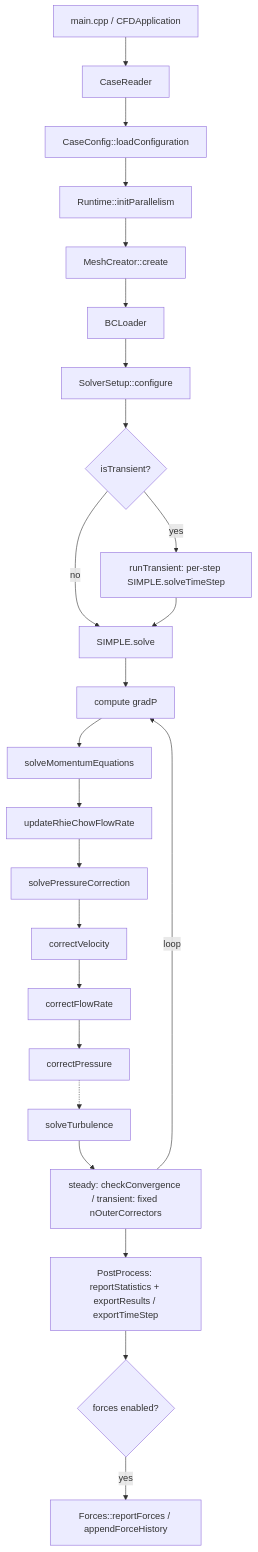
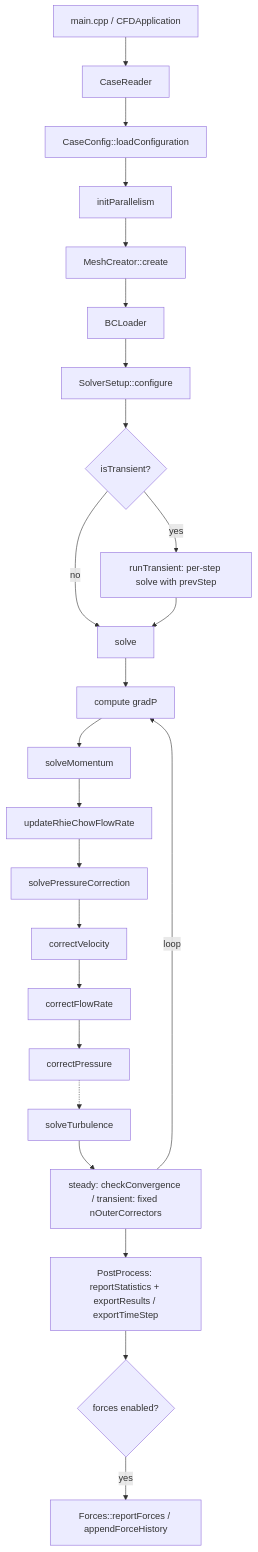
The diagram in docs/DEVELOPER_GUIDE.md (mohamed-i-mousa/my-fv-solver), drawn with Mermaid before and after one commit. The commit also changed other lines of this file and 4 other files, not shown here.

````diff
--- a/docs/DEVELOPER_GUIDE.md
+++ b/docs/DEVELOPER_GUIDE.md
@@ -1110,26 +1159,26 @@
 ```mermaid
 flowchart TD
   A[main.cpp / CFDApplication] --> B[CaseReader]
   B --> C[CaseConfig::loadConfiguration]
-  C --> D[Runtime::initParallelism]
+  C --> D[initParallelism]
   D --> E[MeshCreator::create]
   E --> F[BCLoader]
   F --> G[SolverSetup::configure]
   G --> G2{isTransient?}
-  G2 -->|no| H[SIMPLE.solve]
-  G2 -->|yes| H2[runTransient: per-step SIMPLE.solveTimeStep]
+  G2 -->|no| H[solve]
+  G2 -->|yes| H2[runTransient: per-step solve with prevStep]
   H2 --> H
   H --> I[compute gradP]
-  I --> J[solveMomentumEquations]
+  I --> J[solveMomentum]
   J --> K[updateRhieChowFlowRate]
   K --> L[solvePressureCorrection]
   L --> M[correctVelocity]
   M --> N[correctFlowRate]
   N --> O[correctPressure]
   O -.-> T[solveTurbulence]
   T --> P[steady: checkConvergence / transient: fixed nOuterCorrectors]
   P -->|loop| I
   P --> Q[PostProcess: reportStatistics + exportResults / exportTimeStep]
   Q --> R{forces enabled?}
   R -->|yes| S[Forces::reportForces / appendForceHistory]
 ```
````
